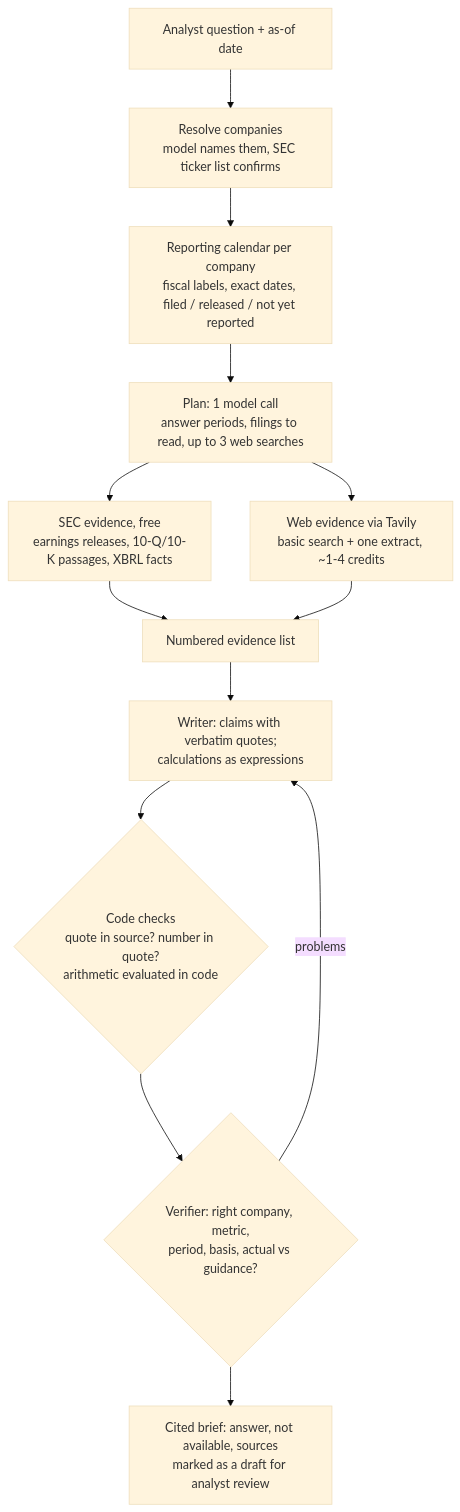
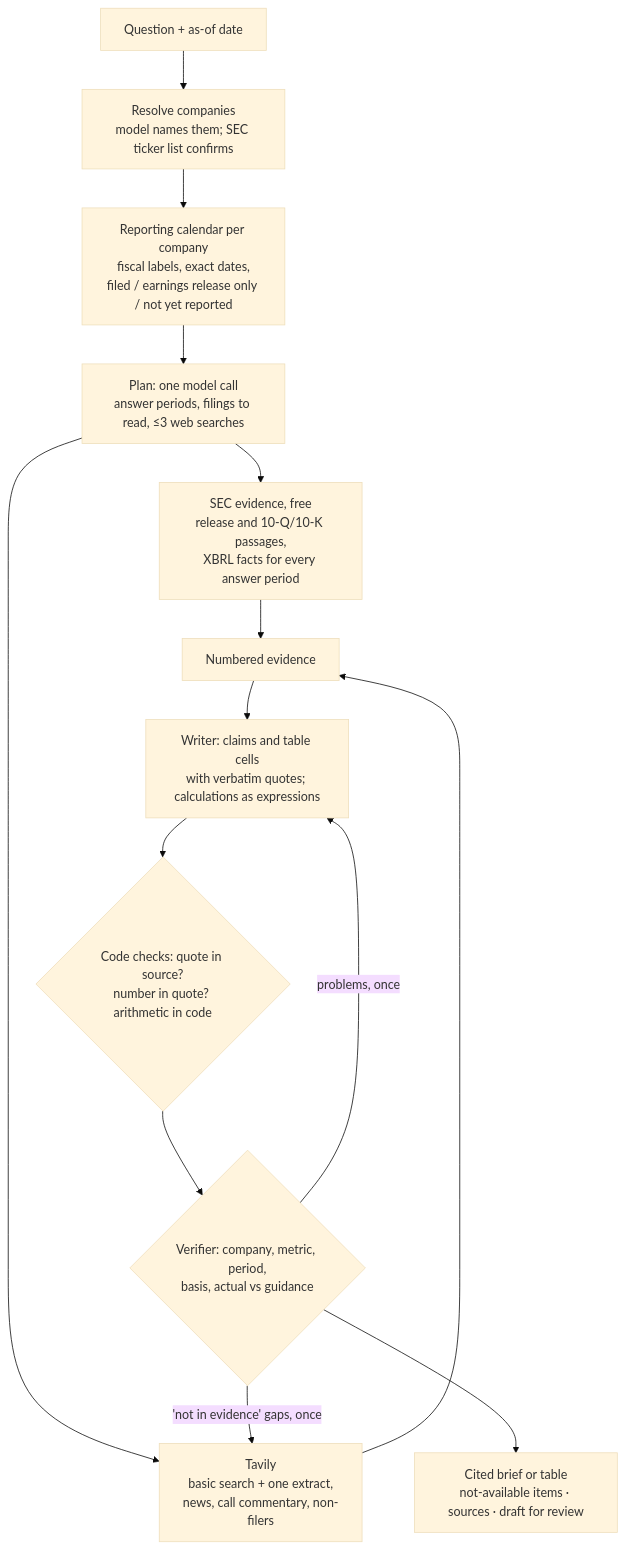
Before and after one commit to laasyaaprasad/financial-research-agent: the diagram in README.md, drawn with Mermaid (base theme). The commit also changed other lines of this file and 350 other files, not shown here.

````diff
--- a/README.md
+++ b/README.md
@@ -25,15 +43,16 @@
 ```mermaid
 flowchart TD
-    Q[Analyst question + as-of date] --> R[Resolve companies<br/>model names them, SEC ticker list confirms]
-    R --> C[Reporting calendar per company<br/>fiscal labels, exact dates, filed / released / not yet reported]
-    C --> P[Plan: 1 model call<br/>answer periods, filings to read, up to 3 web searches]
-    P --> S[SEC evidence, free<br/>earnings releases, 10-Q/10-K passages, XBRL facts]
-    P --> W[Web evidence via Tavily<br/>basic search + one extract, ~1-4 credits]
-    S --> E[Numbered evidence list]
+    Q[Question + as-of date] --> R[Resolve companies<br/>model names them; SEC ticker list confirms]
+    R --> C[Reporting calendar per company<br/>fiscal labels, exact dates,<br/>filed / earnings release only / not yet reported]
+    C --> P[Plan: one model call<br/>answer periods, filings to read, ≤3 web searches]
+    P --> S[SEC evidence, free<br/>release and 10-Q/10-K passages,<br/>XBRL facts for every answer period]
+    P --> W[Tavily<br/>basic search + one extract,<br/>news, call commentary, non-filers]
+    S --> E[Numbered evidence]
     W --> E
-    E --> D[Writer: claims with verbatim quotes;<br/>calculations as expressions]
-    D --> K{Code checks<br/>quote in source? number in quote?<br/>arithmetic evaluated in code}
-    K --> V{Verifier: right company, metric,<br/>period, basis, actual vs guidance?}
-    V -- problems --> D
-    V --> B[Cited brief: answer, not available, sources<br/>marked as a draft for analyst review]
+    E --> D[Writer: claims and table cells<br/>with verbatim quotes; calculations as expressions]
+    D --> K{Code checks: quote in source?<br/>number in quote? arithmetic in code}
+    K --> V{Verifier: company, metric, period,<br/>basis, actual vs guidance}
+    V -- problems, once --> D
+    V -- 'not in evidence' gaps, once --> W
+    V --> B[Cited brief or table<br/>not-available items · sources · draft for review]
 ```
````
